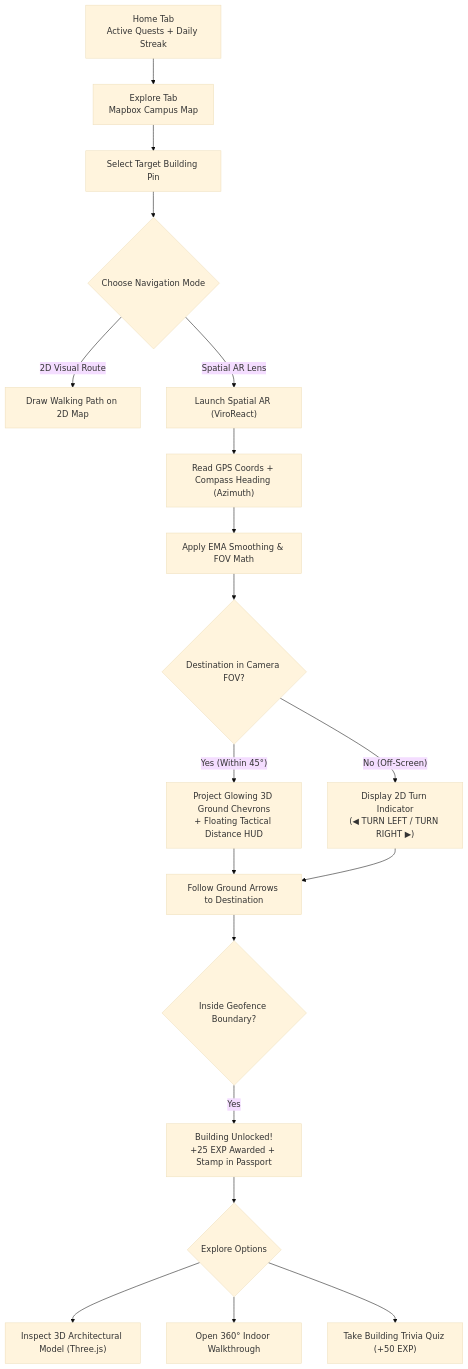
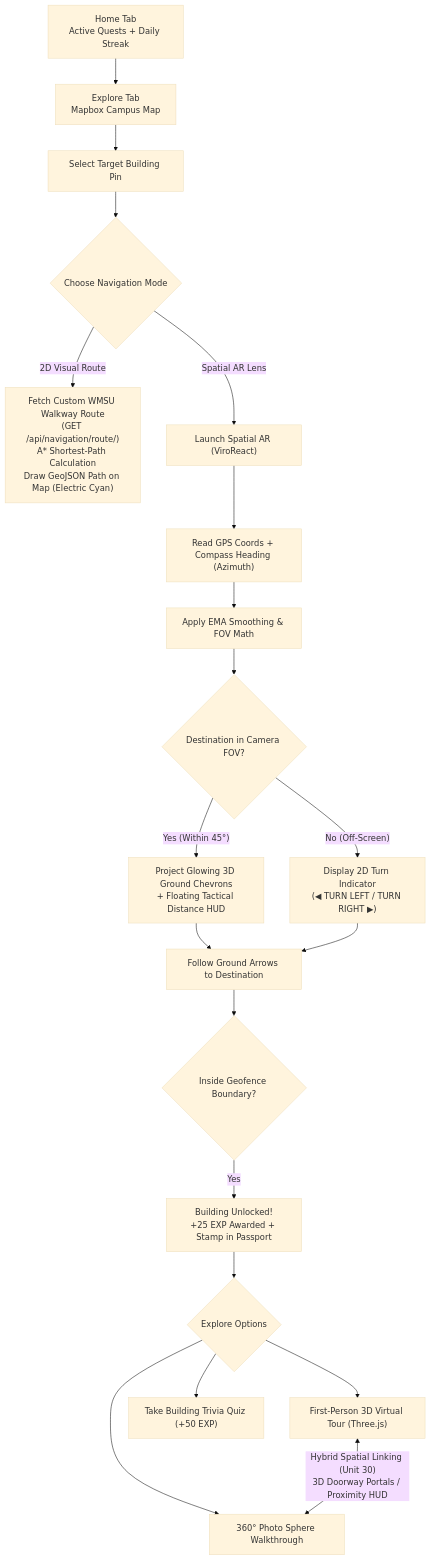
The second of 7 diagrams in user-flow.md (Cipher-Syntax/ARQuest), drawn with Mermaid (base theme) before and after one commit. The commit also changed other lines of this file and 8 other files, not shown here.

Commit message:
docs: update system architecture, diagrams, and models for units 30 and 31

````diff
--- a/user-flow.md
+++ b/user-flow.md
@@ -48,29 +48,31 @@
 ```mermaid
 flowchart TD
     HOME["Home Tab\nActive Quests + Daily Streak"]
 
     HOME --> EXPLORE["Explore Tab\nMapbox Campus Map"]
     EXPLORE --> SELECT["Select Target Building Pin"]
     SELECT --> NAV_CHOICE{"Choose Navigation Mode"}
 
-    NAV_CHOICE -->|"2D Visual Route"| MAP_ROUTE["Draw Walking Path on 2D Map"]
+    NAV_CHOICE -->|"2D Visual Route"| MAP_ROUTE["Fetch Custom WMSU Walkway Route\n(GET /api/navigation/route/)\nA* Shortest-Path Calculation\nDraw GeoJSON Path on Map (Electric Cyan)"]
     NAV_CHOICE -->|"Spatial AR Lens"| AR_SCREEN["Launch Spatial AR (ViroReact)"]
 
     AR_SCREEN --> SENSORS["Read GPS Coords + Compass Heading (Azimuth)"]
     SENSORS --> SMOOTHING["Apply EMA Smoothing & FOV Math"]
 
     SMOOTHING --> FOV_CHECK{"Destination in Camera FOV?"}
     FOV_CHECK -->|"Yes (Within 45°)"| CHEVRONS["Project Glowing 3D Ground Chevrons\n+ Floating Tactical Distance HUD"]
     FOV_CHECK -->|"No (Off-Screen)"| HUD_ARROW["Display 2D Turn Indicator\n(◀ TURN LEFT / TURN RIGHT ▶)"]
 
     CHEVRONS --> WALK["Follow Ground Arrows to Destination"]
     HUD_ARROW --> WALK
 
     WALK --> GEOFENCE{"Inside Geofence Boundary?"}
     GEOFENCE -->|"Yes"| UNLOCK["Building Unlocked!\n+25 EXP Awarded + Stamp in Passport"]
     UNLOCK --> OPTIONS{"Explore Options"}
 
-    OPTIONS --> VIEW_3D["Inspect 3D Architectural Model (Three.js)"]
-    OPTIONS --> VIEW_PANO["Open 360° Indoor Walkthrough"]
+    OPTIONS --> VIEW_3D["First-Person 3D Virtual Tour (Three.js)"]
+    OPTIONS --> VIEW_PANO["360° Photo Sphere Walkthrough"]
     OPTIONS --> QUIZ["Take Building Trivia Quiz (+50 EXP)"]
+
+    VIEW_3D <-->|"Hybrid Spatial Linking (Unit 30)\n3D Doorway Portals / Proximity HUD"| VIEW_PANO
 ```
````
